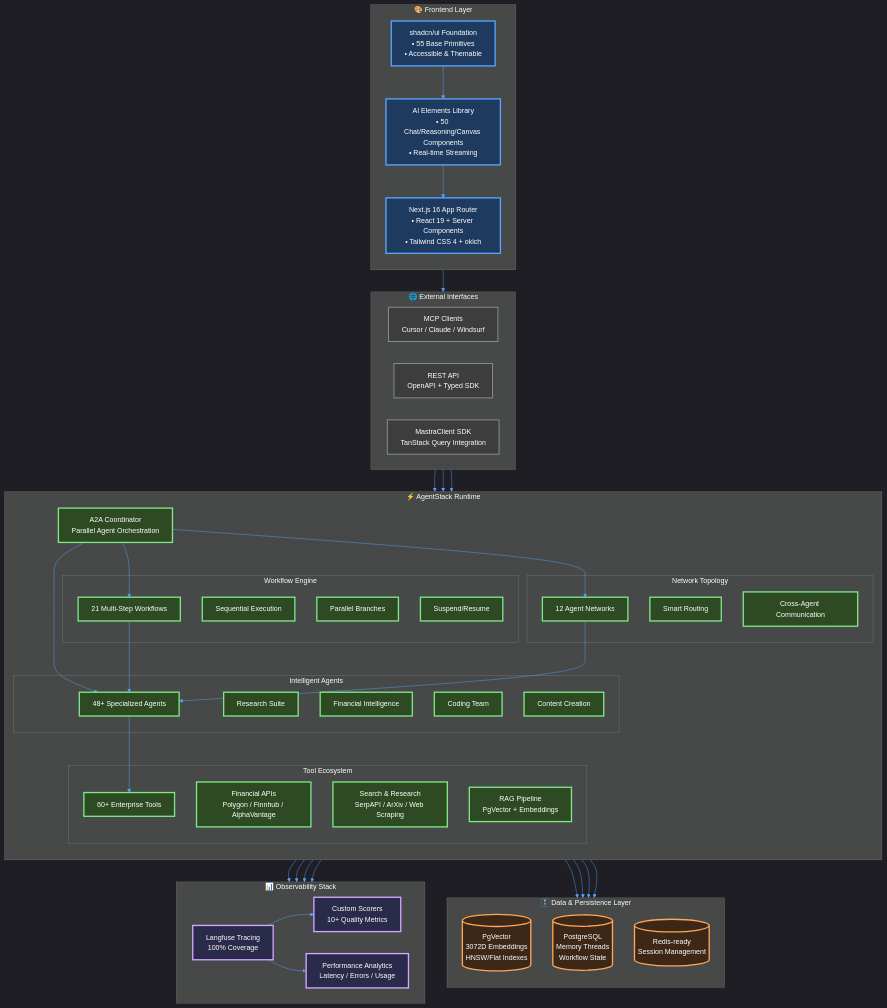
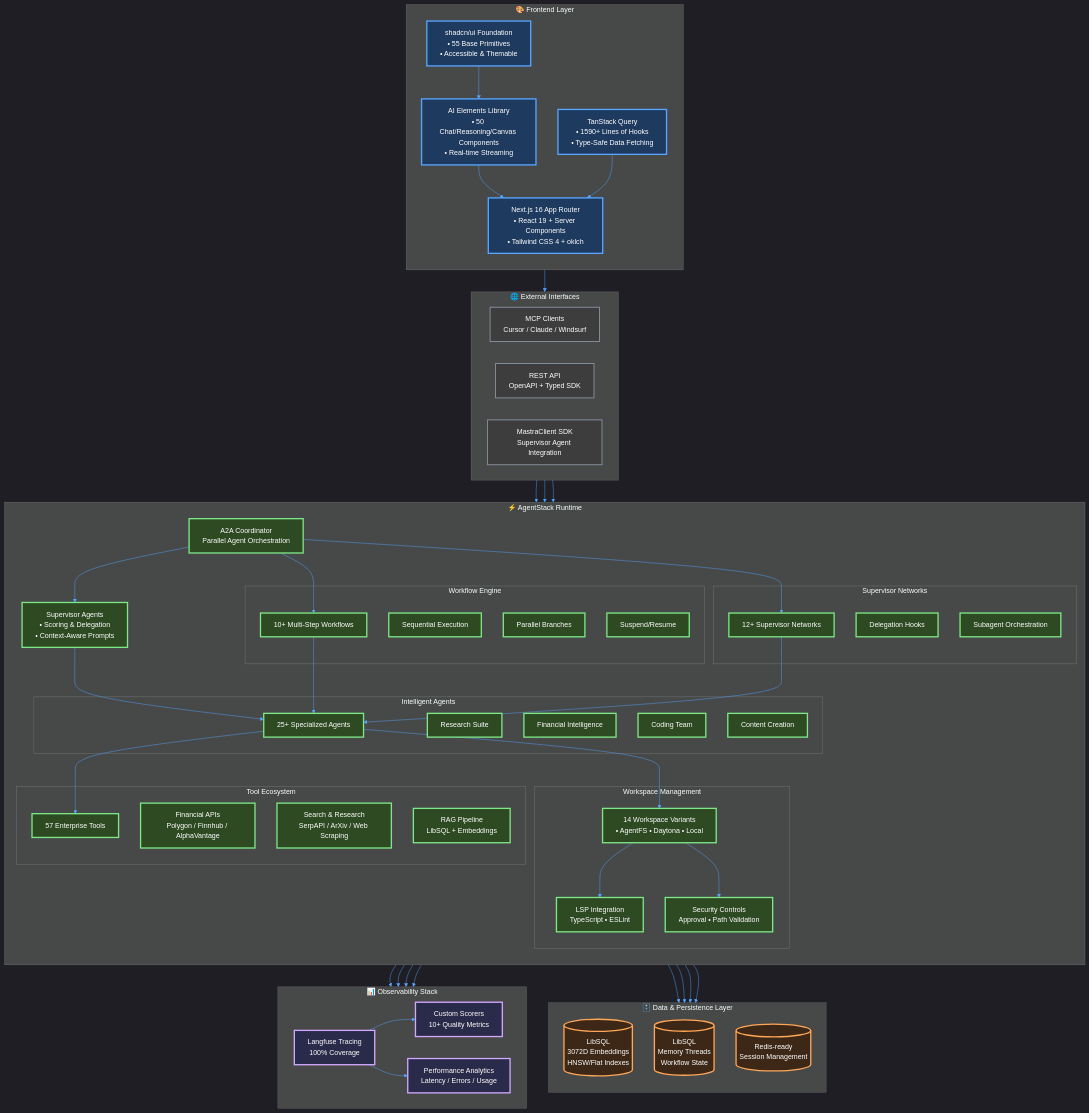
The first of 9 diagrams in README.md (ssdeanx/AgentStack), drawn with Mermaid before and after one commit. The commit also changed other lines of this file and 590 other files, not shown here.

```diff
--- a/README.md
+++ b/README.md
@@ -359,21 +597,23 @@
         UI[AI Elements Library<br/>• 50 Chat/Reasoning/Canvas Components<br/>• Real-time Streaming]
         Base[shadcn/ui Foundation<br/>• 55 Base Primitives<br/>• Accessible & Themable]
         App[Next.js 16 App Router<br/>• React 19 + Server Components<br/>• Tailwind CSS 4 + oklch]
+        Query[TanStack Query<br/>• 1590+ Lines of Hooks<br/>• Type-Safe Data Fetching]
     end
 
     subgraph "🌐 External Interfaces"
         direction LR
         Client[MCP Clients<br/>Cursor / Claude / Windsurf]
         API[REST API<br/>OpenAPI + Typed SDK]
-        SDK[MastraClient SDK<br/>TanStack Query Integration]
+        SDK[MastraClient SDK<br/>Supervisor Agent Integration]
     end
 
     subgraph "⚡ AgentStack Runtime"
         direction TB
         Coord[A2A Coordinator<br/>Parallel Agent Orchestration]
+        Supervisor[Supervisor Agents<br/>• Scoring & Delegation<br/>• Context-Aware Prompts]
 
         subgraph "Intelligent Agents"
-            Agents[48+ Specialized Agents]
+            Agents[25+ Specialized Agents]
             Research[Research Suite]
             Financial[Financial Intelligence]
             Coding[Coding Team]
@@ -381,30 +621,36 @@
         end
 
         subgraph "Tool Ecosystem"
-            Tools[60+ Enterprise Tools]
+            Tools[57 Enterprise Tools]
             APIs[Financial APIs<br/>Polygon / Finnhub / AlphaVantage]
             Search[Search & Research<br/>SerpAPI / ArXiv / Web Scraping]
-            RAG[RAG Pipeline<br/>PgVector + Embeddings]
+            RAG[RAG Pipeline<br/>LibSQL + Embeddings]
         end
 
         subgraph "Workflow Engine"
-            Workflows[21 Multi-Step Workflows]
+            Workflows[10+ Multi-Step Workflows]
             Sequential[Sequential Execution]
             Parallel[Parallel Branches]
             Suspense[Suspend/Resume]
         end
 
-        subgraph "Network Topology"
-            Networks[12 Agent Networks]
-            Routing[Smart Routing]
-            Coordination[Cross-Agent Communication]
+        subgraph "Workspace Management"
+            Workspaces[14 Workspace Variants<br/>• AgentFS • Daytona • Local]
+            LSP[LSP Integration<br/>TypeScript • ESLint]
+            Security[Security Controls<br/>Approval • Path Validation]
+        end
+
+        subgraph "Supervisor Networks"
+            Networks[12+ Supervisor Networks]
+            Routing[Delegation Hooks]
+            Coordination[Subagent Orchestration]
         end
     end
 
     subgraph "🗄️ Data & Persistence Layer"
         direction TB
-        VectorStore[(PgVector<br/>3072D Embeddings<br/>HNSW/Flat Indexes)]
-        Relational[(PostgreSQL<br/>Memory Threads<br/>Workflow State)]
+        VectorStore[(LibSQL<br/>3072D Embeddings<br/>HNSW/Flat Indexes)]
+        Relational[(LibSQL<br/>Memory Threads<br/>Workflow State)]
         Cache[(Redis-ready<br/>Session Management)]
     end
 
@@ -418,25 +664,32 @@
     %% Connections
     UI --> App
     Base --> UI
+    Query --> App
     App --> SDK
     SDK --> Coord
 
     Client --> Coord
     API --> Coord
 
-    Coord --> Agents
+    Coord --> Supervisor
+    Supervisor --> Agents
     Coord --> Workflows
     Coord --> Networks
 
     Agents --> Tools
     Agents --> VectorStore
     Agents --> Relational
+    Agents --> Workspaces
 
     Workflows --> Agents
+    %% Networks (supervisors) delegate to subagents
     Networks --> Agents
 
     Tools --> VectorStore
     Tools --> Relational
+
+    Workspaces --> LSP
+    Workspaces --> Security
 
     Agents --> Tracing
     Workflows --> Tracing
@@ -453,8 +706,8 @@
     classDef observe fill:#2a2a4a,stroke:#d2a8ff,stroke-width:3px,color:#fff
     classDef external fill:#3d3d3d,stroke:#8b949e,stroke-width:2px,color:#fff
 
-    class UI,Base,App frontend
-    class Coord,Agents,Tools,Workflows,Networks,Research,Financial,Coding,Content,APIs,Search,RAG,Sequential,Parallel,Suspense,Routing,Coordination runtime
+    class UI,Base,App,Query frontend
+    class Coord,Agents,Tools,Workflows,Networks,Research,Financial,Coding,Content,APIs,Search,RAG,Sequential,Parallel,Suspense,Routing,Coordination,Supervisor,Workspaces,LSP,Security runtime
     class VectorStore,Relational,Cache storage
     class Tracing,Metrics,Analytics observe
     class Client,API,SDK external
```
